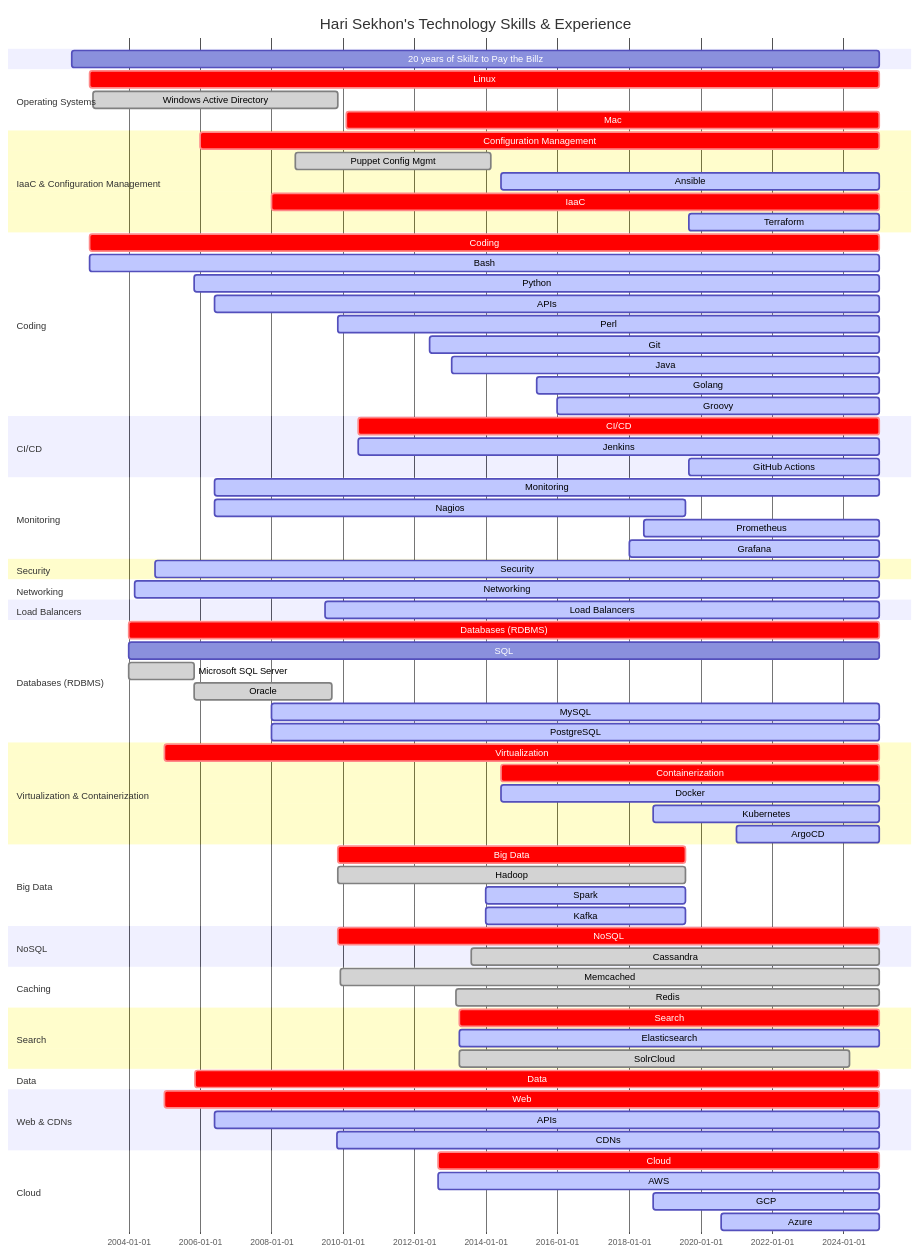
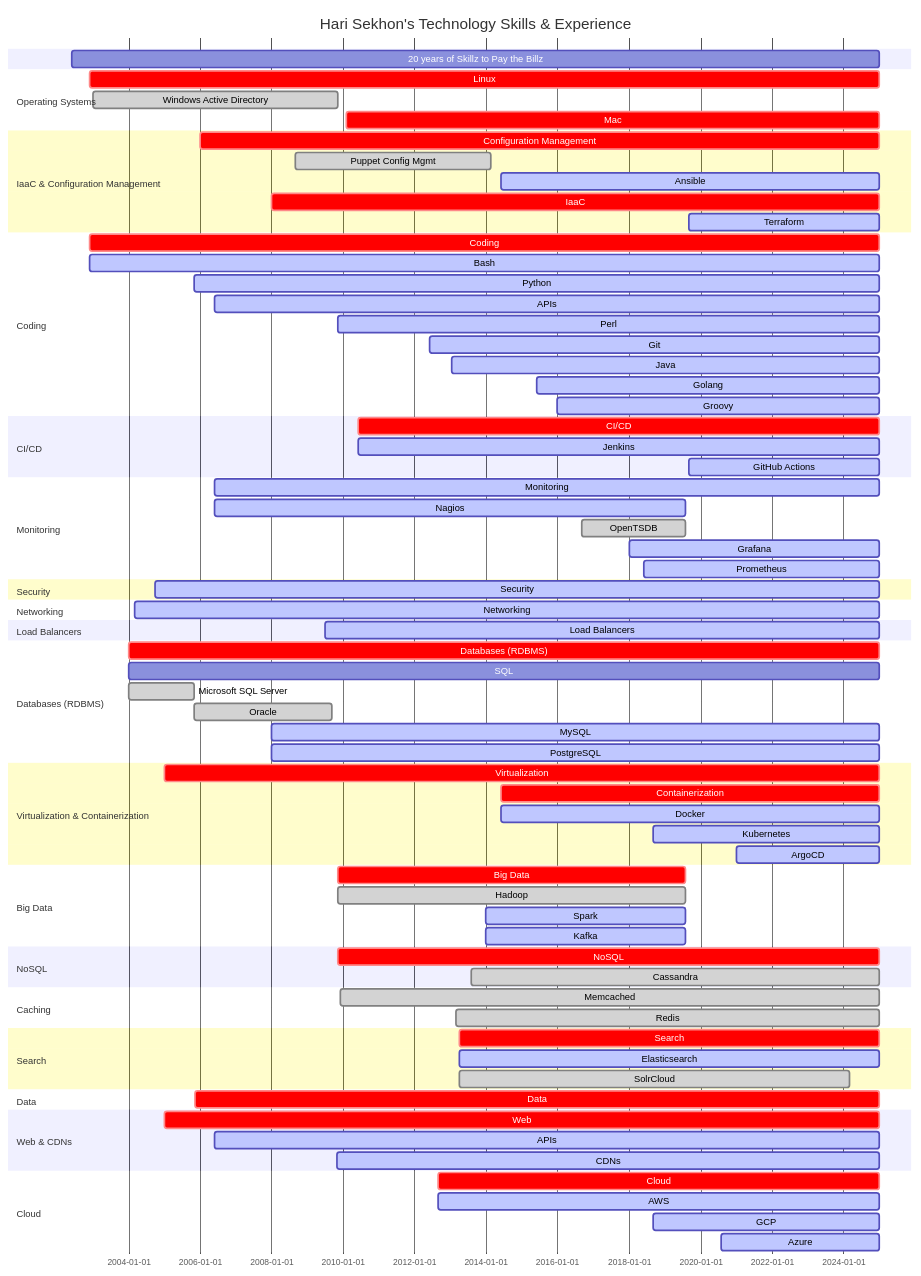
The diagram in README.md (HariSekhon/HariSekhon), drawn with Mermaid before and after one commit.

```diff
--- a/README.md
+++ b/README.md
@@ -345,9 +345,9 @@
     section Monitoring
     Monitoring             : active, 2006-06-01, 2024-12-31
     Nagios                 : active, 2006-06-01, 2019-07-31
-    %%OpenTSDB               : done, 2016-09-01, 2019-07-31
+    OpenTSDB               : done, 2016-09-01, 2019-07-31
+    Grafana                : active, 2018-01-01, 2024-12-31
     Prometheus             : active, 2018-06-01, 2024-12-31
-    Grafana                : active, 2018-01-01, 2024-12-31
     %%Pingdom                : done, 2020-08-20, 2023-09-17
     %%Datadog                : done, 2022-08-20, 2023-09-17
 
```
